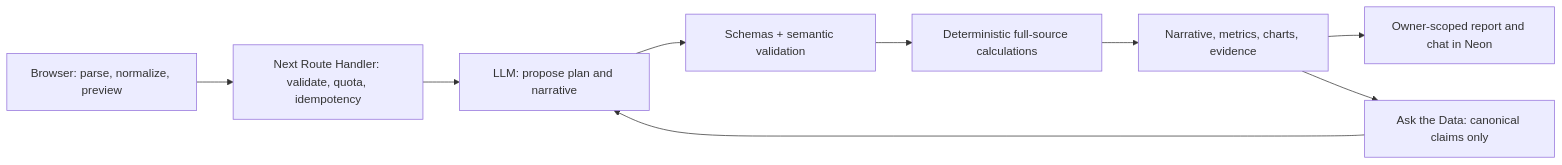
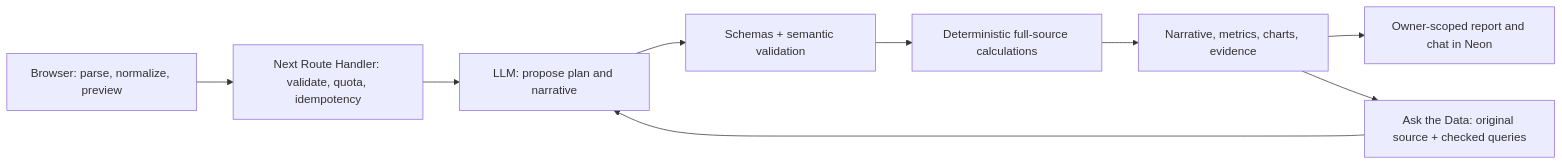
Before and after one commit to bizhello/datatale: the diagram in README.md, drawn with Mermaid. The commit also changed other lines of this file and 53 other files, not shown here.

First line of the commit message:
Ground analysis and chat in the complete source (#55)

````diff
--- a/README.md
+++ b/README.md
@@ -26,11 +26,11 @@
 ```mermaid
 flowchart LR
   Browser["Browser: parse, normalize, preview"] --> Analyze["Next Route Handler: validate, quota, idempotency"]
   Analyze --> Model["LLM: propose plan and narrative"]
   Model --> Guard["Schemas + semantic validation"]
   Guard --> Calculate["Deterministic full-source calculations"]
   Calculate --> Dashboard["Narrative, metrics, charts, evidence"]
   Dashboard --> Neon["Owner-scoped report and chat in Neon"]
-  Dashboard --> Chat["Ask the Data: canonical claims only"]
+  Dashboard --> Chat["Ask the Data: original source + checked queries"]
   Chat --> Model
 ```
````
